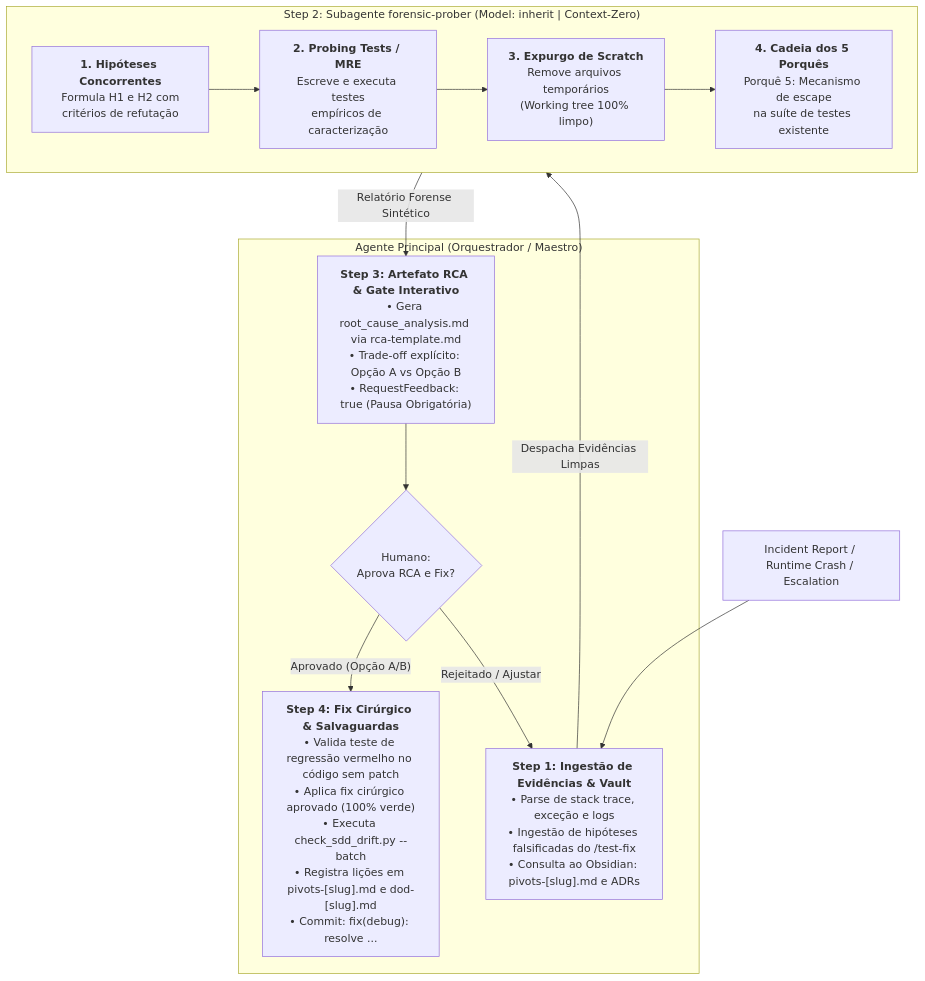
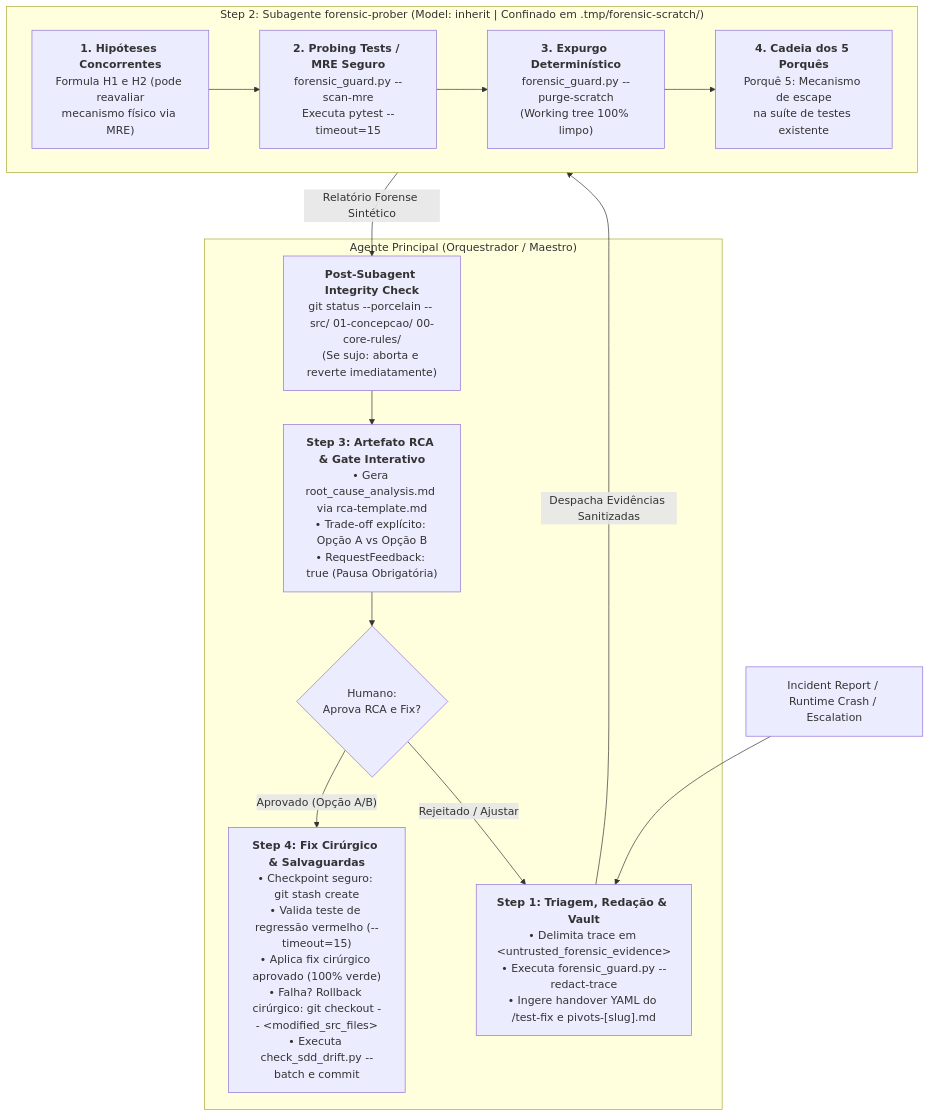
The diagram in doc/skills/debug/README.md (MarcosVeniciu/antigravity-agentic-skills), drawn with Mermaid before and after one commit. The commit also changed other lines of this file and 71 other files, not shown here.

````diff
--- a/doc/skills/debug/README.md
+++ b/doc/skills/debug/README.md
@@ -26,23 +27,25 @@
 ```mermaid
 flowchart TD
     Crash["Incident Report / Runtime Crash / Escalation"] --> S1
     subgraph MainChat["Agente Principal (Orquestrador / Maestro)"]
-        S1["<b>Step 1: Ingestão de Evidências & Vault</b><br/>• Parse de stack trace, exceção e logs<br/>• Ingestão de hipóteses falsificadas do /test-fix<br/>• Consulta ao Obsidian: pivots-[slug].md e ADRs"]
+        S1["<b>Step 1: Triagem, Redação & Vault</b><br/>• Delimita trace em &lt;untrusted_forensic_evidence&gt;<br/>• Executa forensic_guard.py --redact-trace<br/>• Ingere handover YAML do /test-fix e pivots-[slug].md"]
+        S2Gate["<b>Post-Subagent Integrity Check</b><br/>git status --porcelain -- src/ 01-concepcao/ 00-core-rules/<br/>(Se sujo: aborta e reverte imediatamente)"]
         S3["<b>Step 3: Artefato RCA & Gate Interativo</b><br/>• Gera root_cause_analysis.md via rca-template.md<br/>• Trade-off explícito: Opção A vs Opção B<br/>• RequestFeedback: true (Pausa Obrigatória)"]
         G1{"Humano:<br/>Aprova RCA e Fix?"}
-        S4["<b>Step 4: Fix Cirúrgico & Salvaguardas</b><br/>• Valida teste de regressão vermelho no código sem patch<br/>• Aplica fix cirúrgico aprovado (100% verde)<br/>• Executa check_sdd_drift.py --batch<br/>• Registra lições em pivots-[slug].md e dod-[slug].md<br/>• Commit: fix(debug): resolve ..."]
+        S4["<b>Step 4: Fix Cirúrgico & Salvaguardas</b><br/>• Checkpoint seguro: git stash create<br/>• Valida teste de regressão vermelho (--timeout=15)<br/>• Aplica fix cirúrgico aprovado (100% verde)<br/>• Falha? Rollback cirúrgico: git checkout -- &lt;modified_src_files&gt;<br/>• Executa check_sdd_drift.py --batch e commit"]
     end
 
-    subgraph SubProber["Step 2: Subagente forensic-prober (Model: inherit | Context-Zero)"]
+    subgraph SubProber["Step 2: Subagente forensic-prober (Model: inherit | Confinado em .tmp/forensic-scratch/)"]
         direction LR
-        H["<b>1. Hipóteses Concorrentes</b><br/>Formula H1 e H2 com<br/>critérios de refutação"] --> P["<b>2. Probing Tests / MRE</b><br/>Escreve e executa testes<br/>empíricos de caracterização"]
-        P --> C["<b>3. Expurgo de Scratch</b><br/>Remove arquivos temporários<br/>(Working tree 100% limpo)"]
+        H["<b>1. Hipóteses Concorrentes</b><br/>Formula H1 e H2 (pode reavaliar<br/>mecanismo físico via MRE)"] --> P["<b>2. Probing Tests / MRE Seguro</b><br/>forensic_guard.py --scan-mre<br/>Executa pytest --timeout=15"]
+        P --> C["<b>3. Expurgo Determinístico</b><br/>forensic_guard.py --purge-scratch<br/>(Working tree 100% limpo)"]
         C --> W["<b>4. Cadeia dos 5 Porquês</b><br/>Porquê 5: Mecanismo de escape<br/>na suíte de testes existente"]
     end
 
-    S1 -->|"Despacha Evidências Limpas"| H
-    W -->|"Relatório Forense Sintético"| S3
+    S1 -->|"Despacha Evidências Sanitizadas"| H
+    W -->|"Relatório Forense Sintético"| S2Gate
+    S2Gate --> S3
     S3 --> G1
     G1 -->|"Aprovado (Opção A/B)"| S4
     G1 -->|"Rejeitado / Ajustar"| S1
 ```
````
